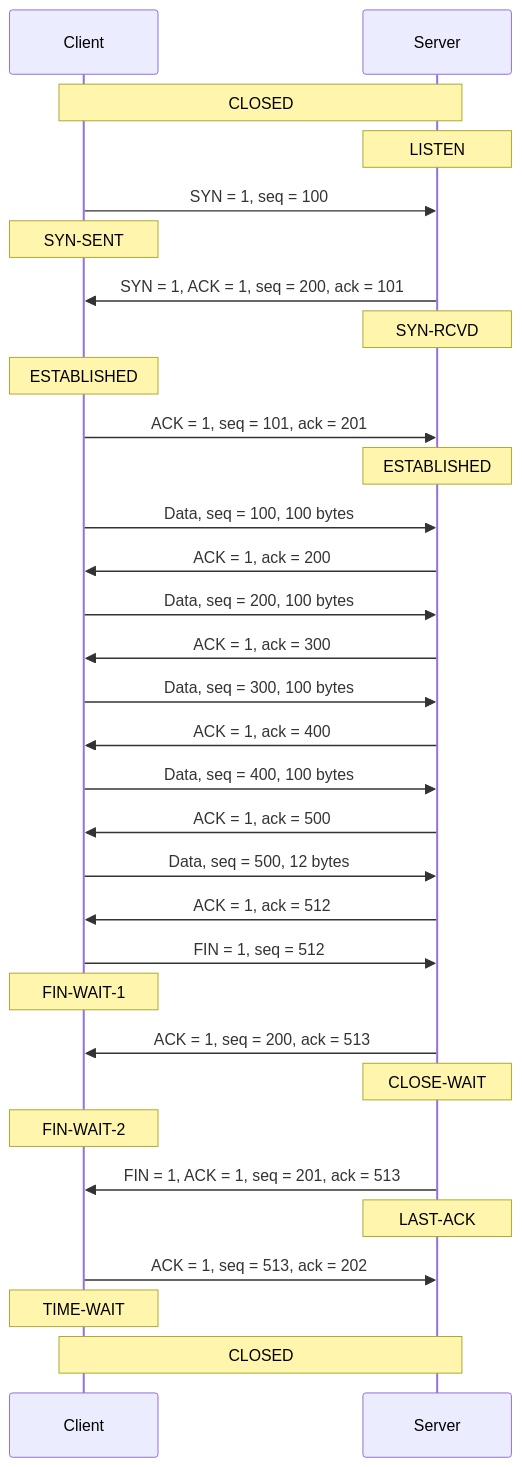
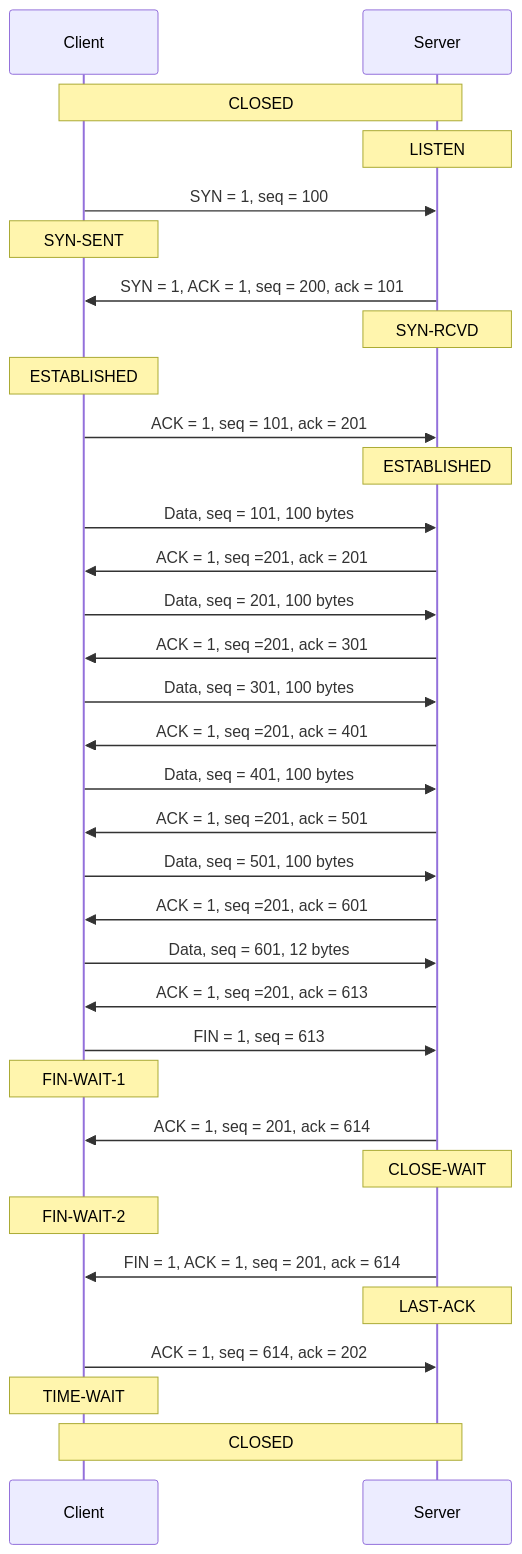
Before and after one commit to soundofautumn/soundofautumn.github.io: the second of 2 diagrams in source/_posts/计算机网络课后作业四.md, drawn with Mermaid. The commit also changed other lines of this file, not shown here.

````diff
--- a/source/_posts/计算机网络课后作业四.md
+++ b/source/_posts/计算机网络课后作业四.md
@@ -251,40 +234,43 @@
 ```mermaid
 sequenceDiagram
 
 Note over Client, Server: CLOSED
 Note over Server: LISTEN
 Client ->> Server: SYN = 1, seq = 100
 Note over Client: SYN-SENT
 Server ->> Client: SYN = 1, ACK = 1, seq = 200, ack = 101
 Note over Server: SYN-RCVD
 Note over Client: ESTABLISHED
 Client ->> Server: ACK = 1, seq = 101, ack = 201
 Note over Server: ESTABLISHED
 
-Client ->> Server: Data, seq = 100, 100 bytes
-Server ->> Client: ACK = 1, ack = 200
+Client ->> Server: Data, seq = 101, 100 bytes
+Server ->> Client: ACK = 1, seq =201, ack = 201
 
-Client ->> Server: Data, seq = 200, 100 bytes
-Server ->> Client: ACK = 1, ack = 300
+Client ->> Server: Data, seq = 201, 100 bytes
+Server ->> Client: ACK = 1, seq =201, ack = 301
 
-Client ->> Server: Data, seq = 300, 100 bytes
-Server ->> Client: ACK = 1, ack = 400
+Client ->> Server: Data, seq = 301, 100 bytes
+Server ->> Client: ACK = 1, seq =201, ack = 401
 
-Client ->> Server: Data, seq = 400, 100 bytes
-Server ->> Client: ACK = 1, ack = 500
+Client ->> Server: Data, seq = 401, 100 bytes
+Server ->> Client: ACK = 1, seq =201, ack = 501
 
-Client ->> Server: Data, seq = 500, 12 bytes
-Server ->> Client: ACK = 1, ack = 512
+Client ->> Server: Data, seq = 501, 100 bytes
+Server ->> Client: ACK = 1, seq =201, ack = 601
 
-Client ->> Server: FIN = 1, seq = 512
+Client ->> Server: Data, seq = 601, 12 bytes
+Server ->> Client: ACK = 1, seq =201, ack = 613
+
+Client ->> Server: FIN = 1, seq = 613
 Note over Client: FIN-WAIT-1
-Server ->> Client: ACK = 1, seq = 200, ack = 513
+Server ->> Client: ACK = 1, seq = 201, ack = 614
 Note over Server: CLOSE-WAIT
 Note over Client: FIN-WAIT-2
-Server ->> Client: FIN = 1, ACK = 1, seq = 201, ack = 513
+Server ->> Client: FIN = 1, ACK = 1, seq = 201, ack = 614
 Note over Server: LAST-ACK
-Client ->> Server: ACK = 1, seq = 513, ack = 202
+Client ->> Server: ACK = 1, seq = 614, ack = 202
 Note over Client: TIME-WAIT
 
 Note over Client, Server: CLOSED
 ```
````
